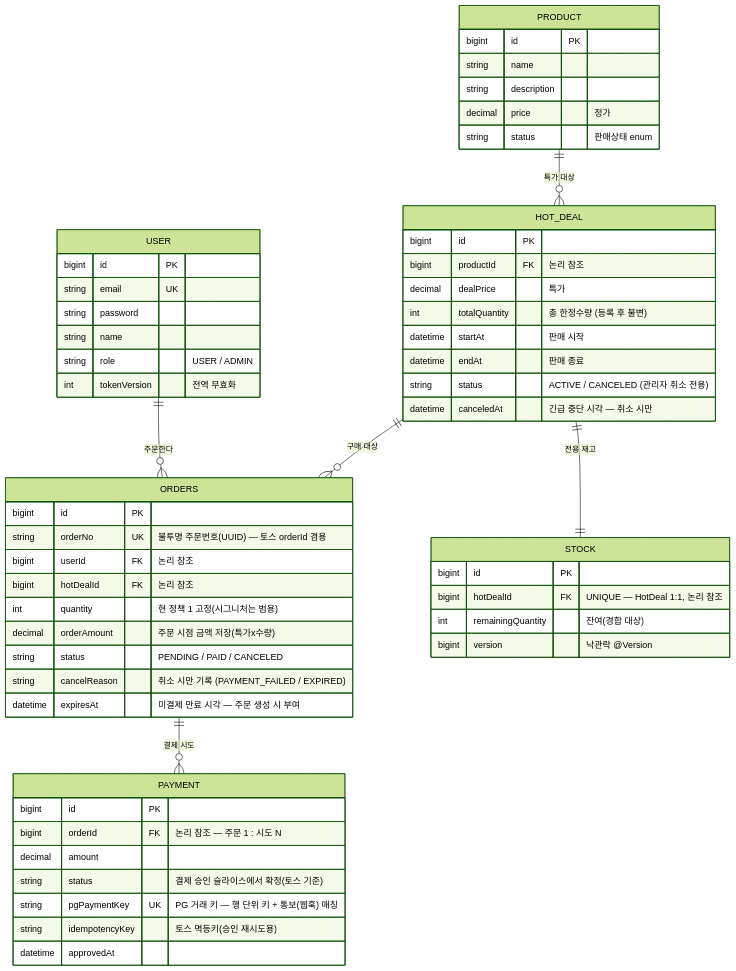
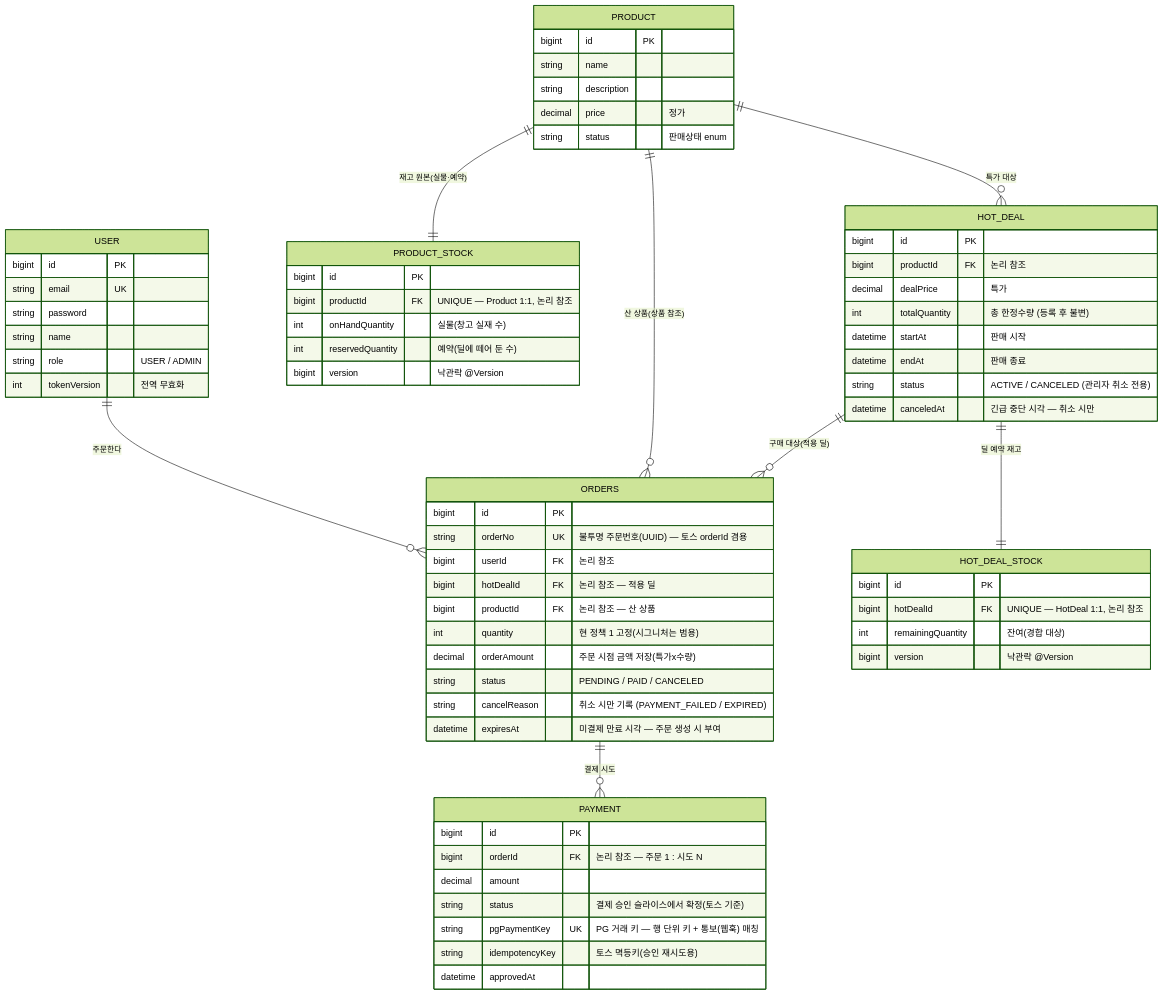
Before and after one commit to Ting97ok/hotdeal-commerce: the diagram in docs/design/erd.md, drawn with Mermaid (forest theme). The commit also changed other lines of this file, not shown here.

First line of the commit message:
[Docs] erd ADR-0011 전파: ProductStock 추가·Stock→HotDealStock·Order 상품 참조

````diff
--- a/docs/design/erd.md
+++ b/docs/design/erd.md
@@ -11,60 +11,70 @@
 ```mermaid
 erDiagram
-    USER     ||--o{ ORDERS   : "주문한다"
-    PRODUCT  ||--o{ HOT_DEAL : "특가 대상"
-    HOT_DEAL ||--|| STOCK    : "전용 재고"
-    HOT_DEAL ||--o{ ORDERS   : "구매 대상"
-    ORDERS   ||--o{ PAYMENT  : "결제 시도"
+    USER     ||--o{ ORDERS         : "주문한다"
+    PRODUCT  ||--|| PRODUCT_STOCK  : "재고 원본(실물·예약)"
+    PRODUCT  ||--o{ HOT_DEAL       : "특가 대상"
+    PRODUCT  ||--o{ ORDERS         : "산 상품(상품 참조)"
+    HOT_DEAL ||--|| HOT_DEAL_STOCK : "딜 예약 재고"
+    HOT_DEAL ||--o{ ORDERS         : "구매 대상(적용 딜)"
+    ORDERS   ||--o{ PAYMENT        : "결제 시도"
 
     USER {
         bigint id PK
         string email UK
         string password
         string name
         string role "USER / ADMIN"
         int    tokenVersion "전역 무효화"
     }
     PRODUCT {
         bigint  id PK
         string  name
         string  description
         decimal price "정가"
         string  status "판매상태 enum"
     }
+    PRODUCT_STOCK {
+        bigint id PK
+        bigint productId FK "UNIQUE — Product 1:1, 논리 참조"
+        int    onHandQuantity "실물(창고 실재 수)"
+        int    reservedQuantity "예약(딜에 떼어 둔 수)"
+        bigint version "낙관락 @Version"
+    }
     HOT_DEAL {
         bigint   id PK
         bigint   productId FK "논리 참조"
         decimal  dealPrice "특가"
         int      totalQuantity "총 한정수량 (등록 후 불변)"
         datetime startAt "판매 시작"
         datetime endAt "판매 종료"
         string   status "ACTIVE / CANCELED (관리자 취소 전용)"
         datetime canceledAt "긴급 중단 시각 — 취소 시만"
     }
-    STOCK {
+    HOT_DEAL_STOCK {
         bigint id PK
         bigint hotDealId FK "UNIQUE — HotDeal 1:1, 논리 참조"
         int    remainingQuantity "잔여(경합 대상)"
         bigint version "낙관락 @Version"
     }
     ORDERS {
         bigint   id PK
         string   orderNo UK "불투명 주문번호(UUID) — 토스 orderId 겸용"
         bigint   userId FK "논리 참조"
-        bigint   hotDealId FK "논리 참조"
+        bigint   hotDealId FK "논리 참조 — 적용 딜"
+        bigint   productId FK "논리 참조 — 산 상품"
         int      quantity "현 정책 1 고정(시그니처는 범용)"
         decimal  orderAmount "주문 시점 금액 저장(특가x수량)"
         string   status "PENDING / PAID / CANCELED"
         string   cancelReason "취소 시만 기록 (PAYMENT_FAILED / EXPIRED)"
         datetime expiresAt "미결제 만료 시각 — 주문 생성 시 부여"
     }
     PAYMENT {
         bigint   id PK
         bigint   orderId FK "논리 참조 — 주문 1 : 시도 N"
         decimal  amount
         string   status "결제 승인 슬라이스에서 확정(토스 기준)"
         string   pgPaymentKey UK "PG 거래 키 — 행 단위 키 + 통보(웹훅) 매칭"
         string   idempotencyKey "토스 멱등키(승인 재시도용)"
         datetime approvedAt
     }
 ```
````
